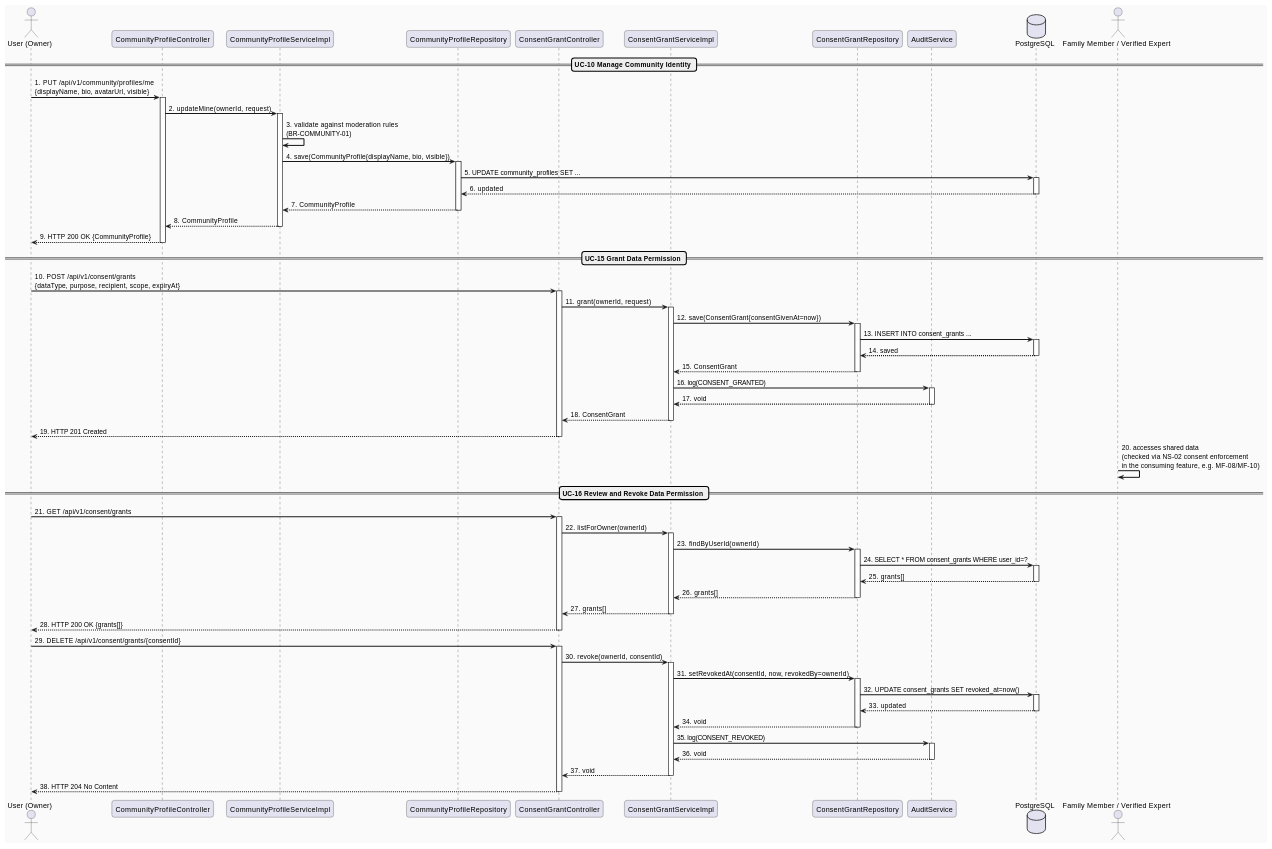
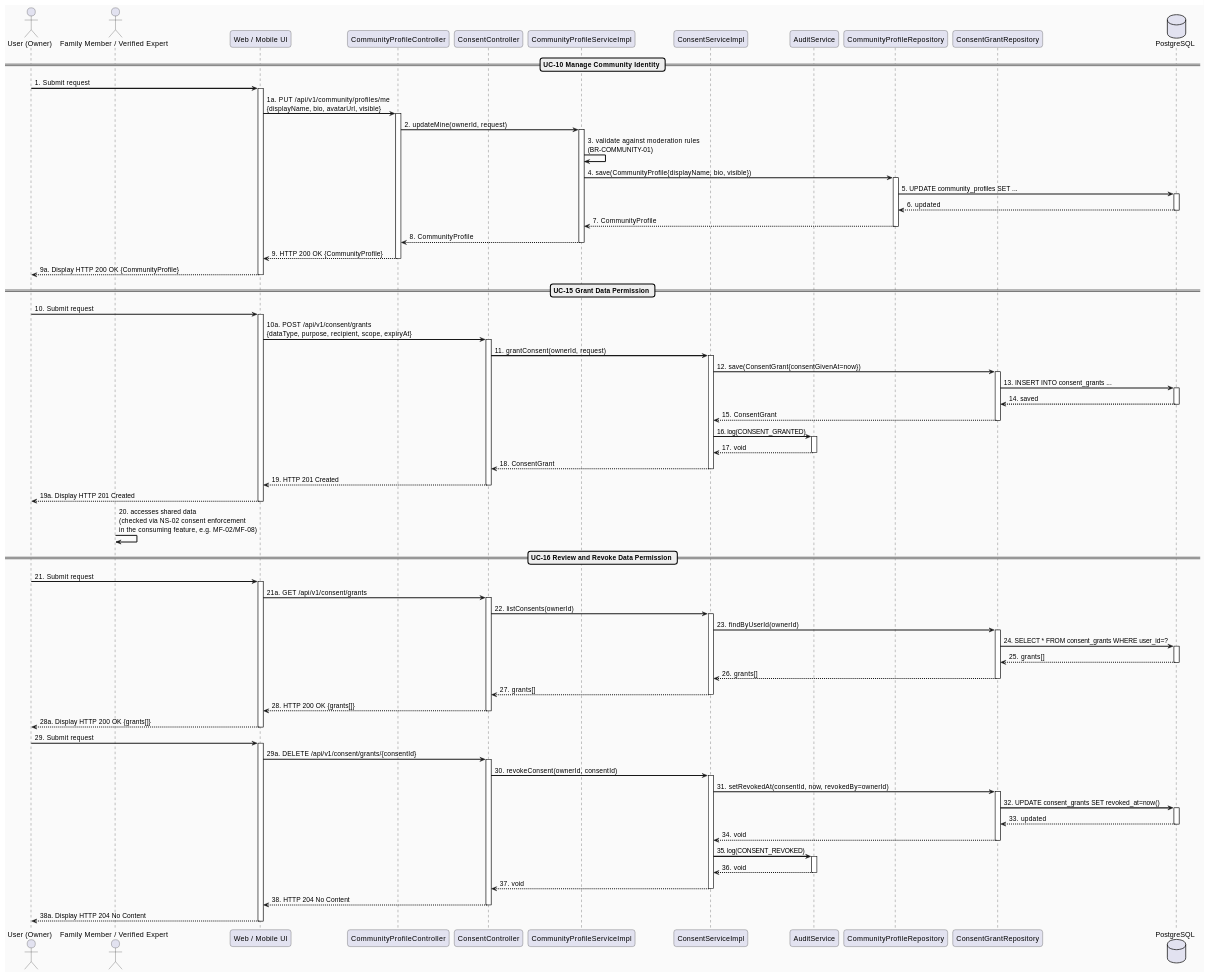
Before and after one commit to ChuongBDHE172784/CareBridge_SEP490_G79: the second of 2 diagrams in docs/Detailed_Design/MF01_Account_Trust_AccesControl/02_Community_Identity_Privacy_Consent_Sharing.md, drawn with PlantUML. The commit also changed other lines of this file and 97 other files, not shown here.

Commit message:
docs: update detailed design documentation with new diagrams and restructured module files.

````diff
--- a/docs/Detailed_Design/MF01_Account_Trust_AccesControl/02_Community_Identity_Privacy_Consent_Sharing.md
+++ b/docs/Detailed_Design/MF01_Account_Trust_AccesControl/02_Community_Identity_Privacy_Consent_Sharing.md
@@ -138,18 +139,21 @@
 skinparam backgroundColor #FAFAFA
 
 actor "User (Owner)" as Owner
+actor "Family Member / Verified Expert" as Recipient
+participant "Web / Mobile UI" as UI
 participant "CommunityProfileController" as CPController
+participant "ConsentController" as CGController
 participant "CommunityProfileServiceImpl" as CPService
+participant "ConsentServiceImpl" as Service
+participant "AuditService" as Audit
 participant "CommunityProfileRepository" as CPRepo
-participant "ConsentGrantController" as CGController
-participant "ConsentGrantServiceImpl" as Service
 participant "ConsentGrantRepository" as Repo
-participant "AuditService" as Audit
 database "PostgreSQL" as DB
-actor "Family Member / Verified Expert" as Recipient
 
 == UC-10 Manage Community Identity ==
-Owner -> CPController : 1. PUT /api/v1/community/profiles/me\n{displayName, bio, avatarUrl, visible}
+Owner -> UI : 1. Submit request
+activate UI
+UI -> CPController : 1a. PUT /api/v1/community/profiles/me\n{displayName, bio, avatarUrl, visible}
 activate CPController
 CPController -> CPService : 2. updateMine(ownerId, request)
 activate CPService
@@ -164,13 +168,17 @@
 deactivate CPRepo
 CPService --> CPController : 8. CommunityProfile
 deactivate CPService
-CPController --> Owner : 9. HTTP 200 OK {CommunityProfile}
+CPController --> UI : 9. HTTP 200 OK {CommunityProfile}
 deactivate CPController
+UI --> Owner : 9a. Display HTTP 200 OK {CommunityProfile}
+deactivate UI
 
 == UC-15 Grant Data Permission ==
-Owner -> CGController : 10. POST /api/v1/consent/grants\n{dataType, purpose, recipient, scope, expiryAt}
+Owner -> UI : 10. Submit request
+activate UI
+UI -> CGController : 10a. POST /api/v1/consent/grants\n{dataType, purpose, recipient, scope, expiryAt}
 activate CGController
-CGController -> Service : 11. grant(ownerId, request)
+CGController -> Service : 11. grantConsent(ownerId, request)
 activate Service
 Service -> Repo : 12. save(ConsentGrant{consentGivenAt=now})
 activate Repo
@@ -186,15 +194,19 @@
 deactivate Audit
 Service --> CGController : 18. ConsentGrant
 deactivate Service
-CGController --> Owner : 19. HTTP 201 Created
+CGController --> UI : 19. HTTP 201 Created
 deactivate CGController
+UI --> Owner : 19a. Display HTTP 201 Created
+deactivate UI
 
-Recipient -> Recipient : 20. accesses shared data\n(checked via NS-02 consent enforcement\nin the consuming feature, e.g. MF-08/MF-10)
+Recipient -> Recipient : 20. accesses shared data\n(checked via NS-02 consent enforcement\nin the consuming feature, e.g. MF-02/MF-08)
 
 == UC-16 Review and Revoke Data Permission ==
-Owner -> CGController : 21. GET /api/v1/consent/grants
+Owner -> UI : 21. Submit request
+activate UI
+UI -> CGController : 21a. GET /api/v1/consent/grants
 activate CGController
-CGController -> Service : 22. listForOwner(ownerId)
+CGController -> Service : 22. listConsents(ownerId)
 activate Service
 Service -> Repo : 23. findByUserId(ownerId)
 activate Repo
@@ -206,12 +218,16 @@
 deactivate Repo
 Service --> CGController : 27. grants[]
 deactivate Service
-CGController --> Owner : 28. HTTP 200 OK {grants[]}
+CGController --> UI : 28. HTTP 200 OK {grants[]}
 deactivate CGController
+UI --> Owner : 28a. Display HTTP 200 OK {grants[]}
+deactivate UI
 
-Owner -> CGController : 29. DELETE /api/v1/consent/grants/{consentId}
+Owner -> UI : 29. Submit request
+activate UI
+UI -> CGController : 29a. DELETE /api/v1/consent/grants/{consentId}
 activate CGController
-CGController -> Service : 30. revoke(ownerId, consentId)
+CGController -> Service : 30. revokeConsent(ownerId, consentId)
 activate Service
 Service -> Repo : 31. setRevokedAt(consentId, now, revokedBy=ownerId)
 activate Repo
@@ -227,8 +243,10 @@
 deactivate Audit
 Service --> CGController : 37. void
 deactivate Service
-CGController --> Owner : 38. HTTP 204 No Content
+CGController --> UI : 38. HTTP 204 No Content
 deactivate CGController
+UI --> Owner : 38a. Display HTTP 204 No Content
+deactivate UI
 
 @enduml
 ```
````
